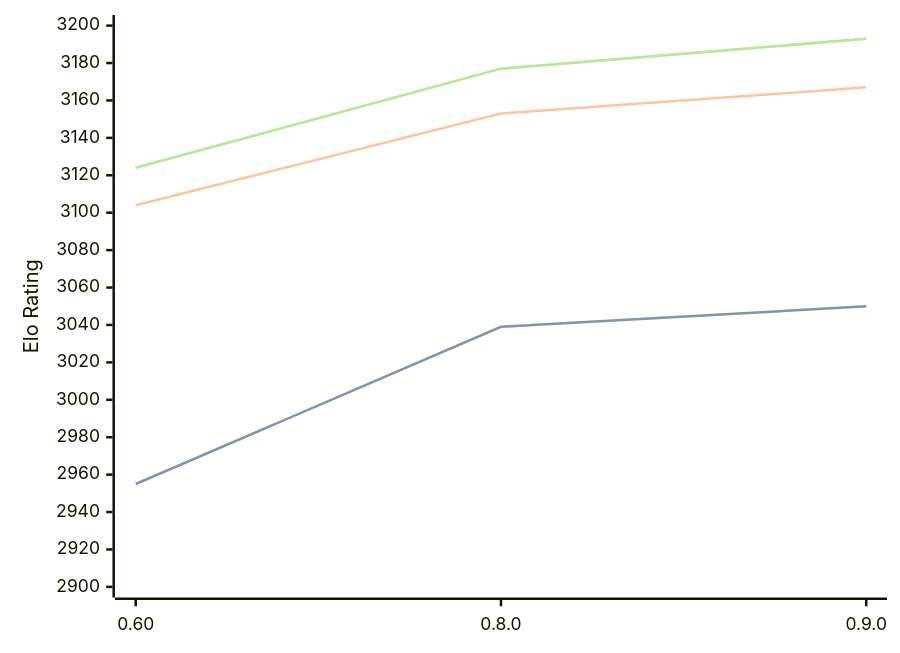
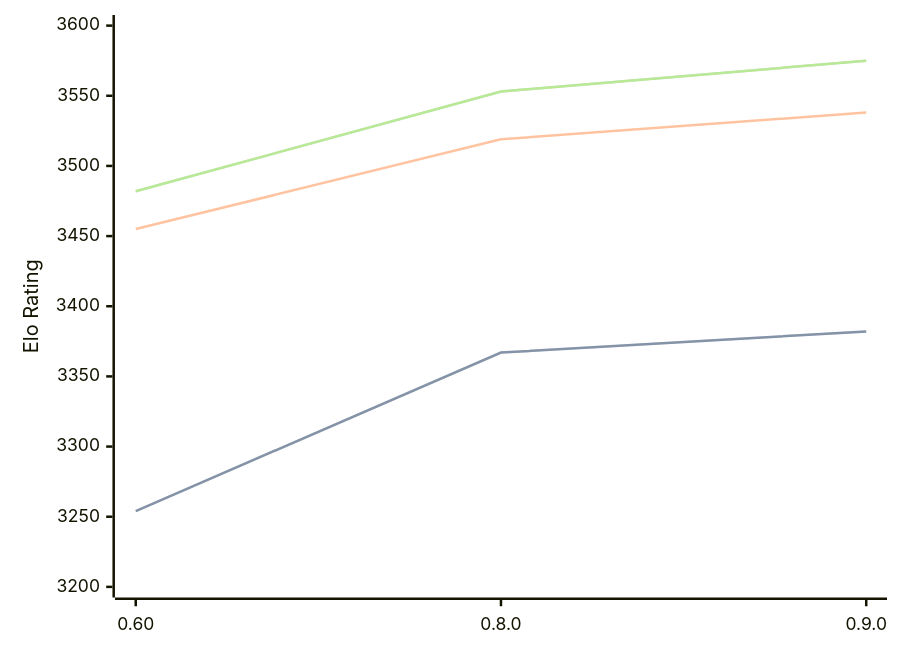
One commit to computer-chess-index/cci changed the diagram in engines/Motor.md. Above: the diagram before and after it, drawn with Mermaid. The commit also changed other lines of this file, not shown here.

Commit message:
Update CCI Ratings (ELO VLTC) - 2026-02-24

````diff
--- a/engines/Motor.md
+++ b/engines/Motor.md
@@ -36,11 +37,11 @@
 ```mermaid
 %%{init: {"theme":"base","themeVariables":{"seriesColors:['#a3a3a3','#222221','#faa371']}}}%%
 xychart-beta
   x-axis ["0.60", "0.8.0", "0.9.0"]
-  y-axis "Elo Rating" 2900 --> 3200
-  line "STC (8.0+0.08s)" [2955, 3039, 3050]
-  line "STC (8.0+0.08s)" [2955, 3039, 3050]
-  line "LTC (60.0+0.60s)" [3104, 3153, 3167]
-  line "VLTC (2m24s+1.12s)" [3124, 3177, 3193]
-  line "VLTC (2m24s+1.12s)" [3124, 3177, 3193]
+  y-axis "Elo Rating" 3200 --> 3600
+  line "STC (8.0+0.08s)" [3254, 3367, 3382]
+  line "STC (8.0+0.08s)" [3254, 3367, 3382]
+  line "LTC (60.0+0.60s)" [3455, 3519, 3538]
+  line "VLTC (2m24s+1.12s)" [3482, 3553, 3575]
+  line "VLTC (2m24s+1.12s)" [3482, 3553, 3575]
 ```
````
